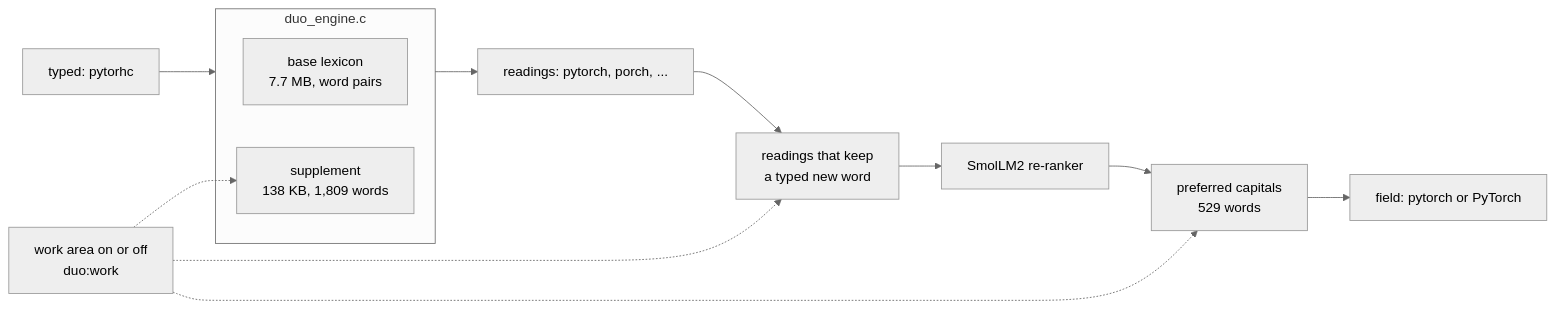
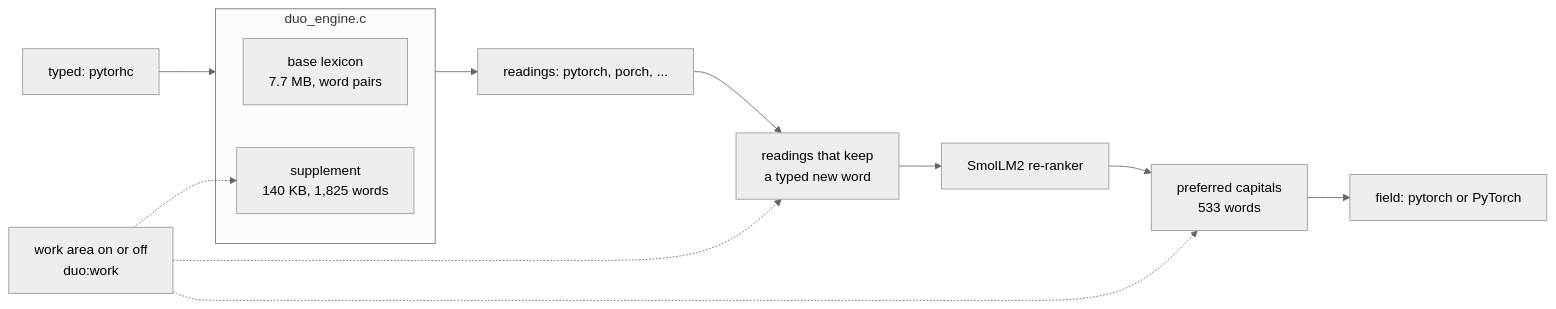
One commit to YilongJu/iphone-duo-keyboard changed the second of 2 diagrams in docs/domain-pack-design.md. Above: the diagram before and after it, drawn with Mermaid (neutral theme). The commit also changed other lines of this file and 4 other files, not shown here.

````diff
--- a/docs/domain-pack-design.md
+++ b/docs/domain-pack-design.md
@@ -162,16 +242,16 @@
 ```mermaid
 flowchart LR
     typed["typed: pytorhc"] --> engine
     subgraph engine["duo_engine.c"]
         base["base lexicon<br/>7.7 MB, word pairs"]
-        supplement["supplement<br/>138 KB, 1,809 words"]
+        supplement["supplement<br/>140 KB, 1,825 words"]
     end
     engine --> readings["readings: pytorch, porch, ..."]
     readings --> protect["readings that keep<br/>a typed new word"]
     protect --> model["SmolLM2 re-ranker"]
-    model --> capitals["preferred capitals<br/>529 words"]
+    model --> capitals["preferred capitals<br/>533 words"]
     capitals --> field["field: pytorch or PyTorch"]
     setting["work area on or off<br/>duo:work"] -.-> supplement
     setting -.-> protect
     setting -.-> capitals
 ```
````
